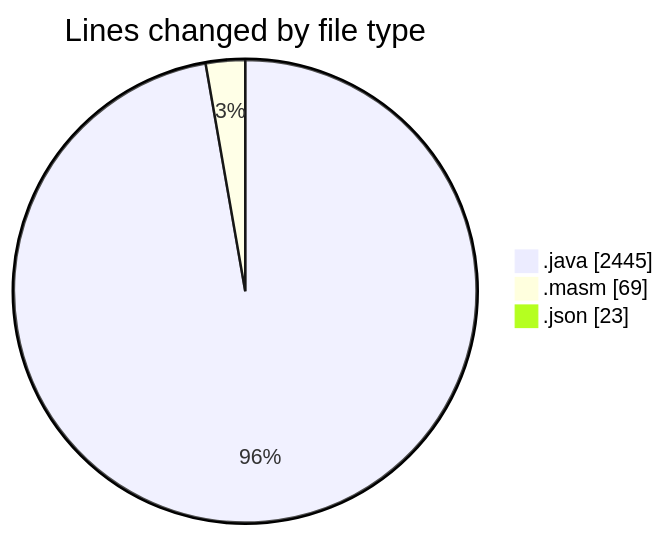
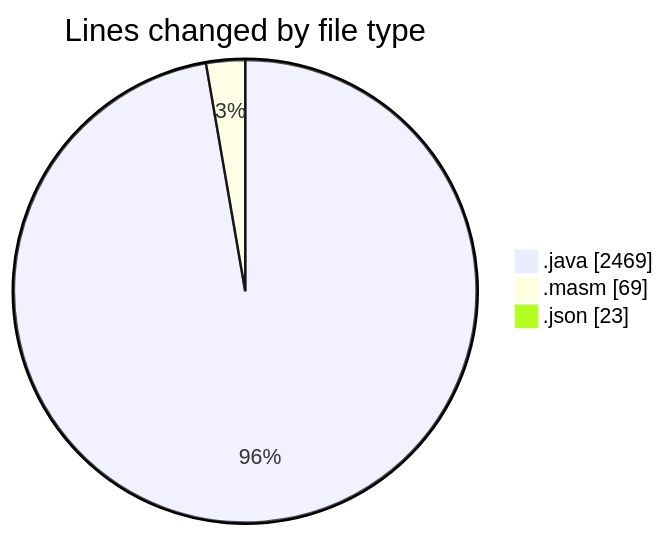
One commit to charlie-sans/code-tracking changed the first of 2 diagrams in 2025-02-19/masm/README.md. Above: the diagram before and after it, drawn with Mermaid. The commit also changed other lines of this file and 1 other file, not shown here.

````diff
--- a/2025-02-19/masm/README.md
+++ b/2025-02-19/masm/README.md
@@ -27,7 +27,7 @@
 ```mermaid
 pie showData
 title Lines changed by file type
-".java" : 2445
+".java" : 2469
 ".masm" : 69
 ".json" : 23
 ```
````
